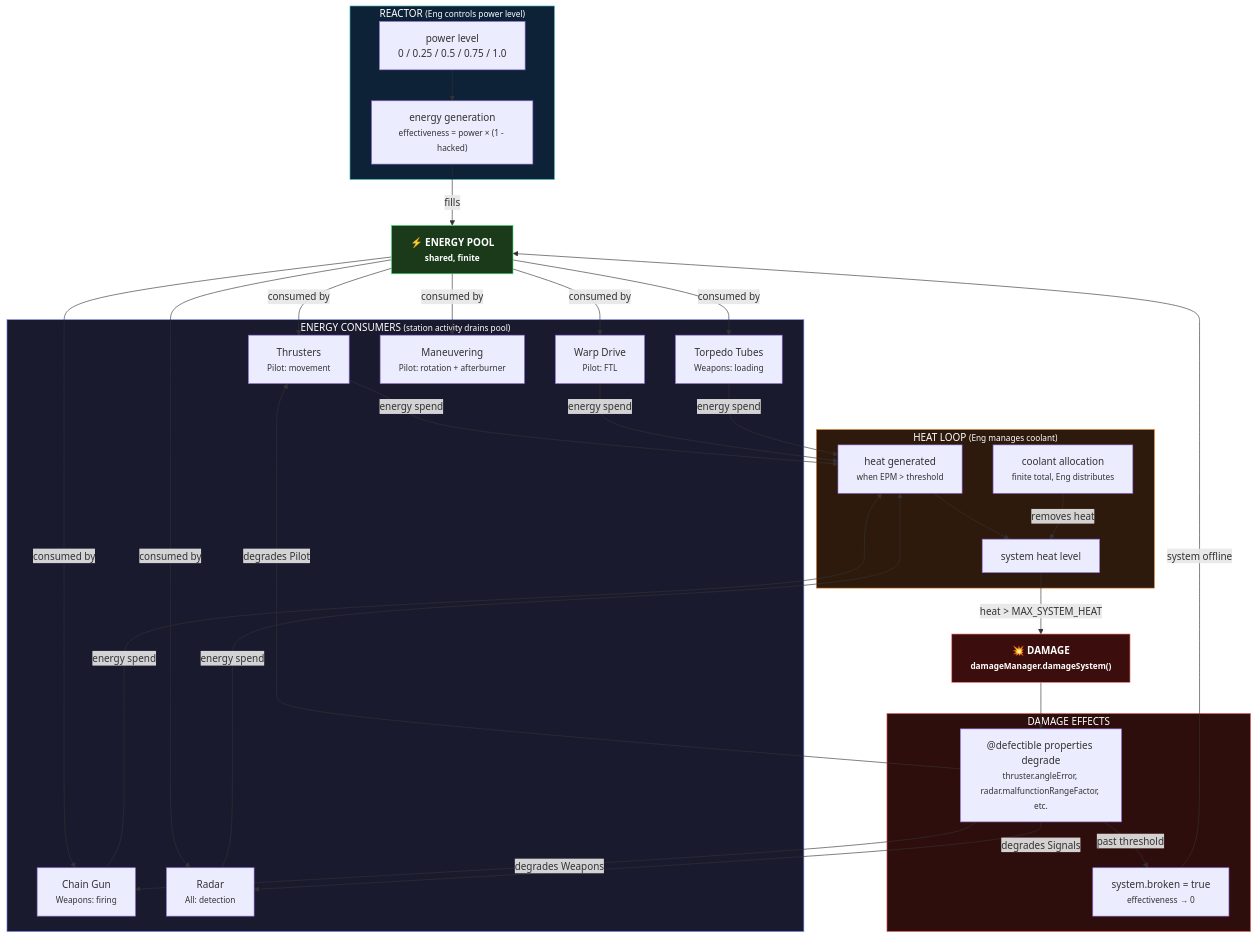
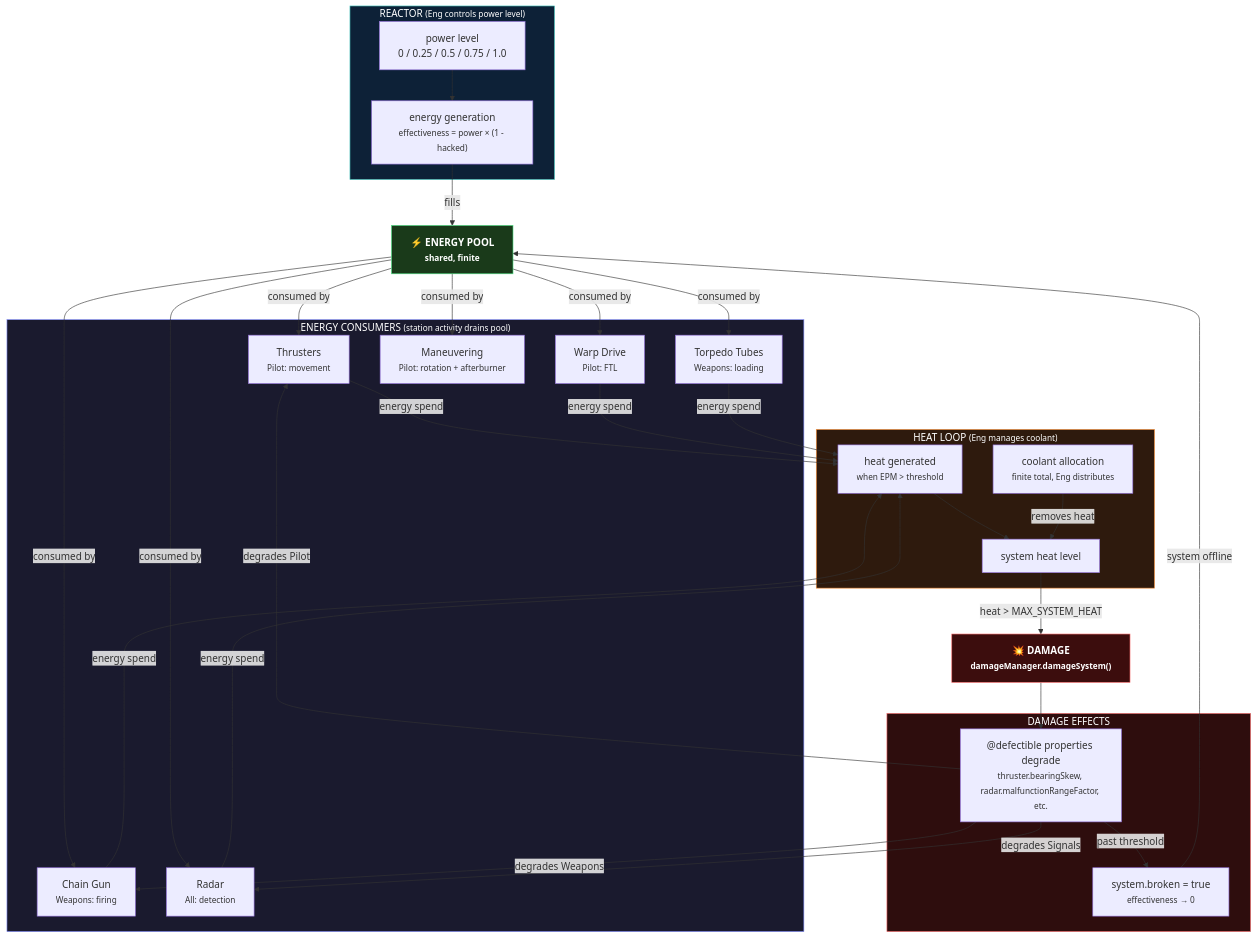
Before and after one commit to starwards/starwards: the second of 7 diagrams in docs/bridge-playtest/bridge-dynamics.md, drawn with Mermaid. The commit also changed 6 other files, not shown here.

````diff
--- a/docs/bridge-playtest/bridge-dynamics.md
+++ b/docs/bridge-playtest/bridge-dynamics.md
@@ -71,62 +71,62 @@
 ```mermaid
 flowchart TD
     subgraph REACTOR ["REACTOR <small>(Eng controls power level)</small>"]
         R_power["power level<br/>0 / 0.25 / 0.5 / 0.75 / 1.0"]
         R_gen["energy generation<br/><small>effectiveness = power × (1 - hacked)</small>"]
         R_power --> R_gen
     end
 
     R_gen -->|"fills"| E_pool["⚡ ENERGY POOL<br/><small>shared, finite</small>"]
 
     subgraph CONSUMERS ["ENERGY CONSUMERS <small>(station activity drains pool)</small>"]
         C_thrust["Thrusters<br/><small>Pilot: movement</small>"]
         C_warp["Warp Drive<br/><small>Pilot: FTL</small>"]
         C_chain["Chain Gun<br/><small>Weapons: firing</small>"]
         C_tubes["Torpedo Tubes<br/><small>Weapons: loading</small>"]
         C_radar["Radar<br/><small>All: detection</small>"]
         C_maneuver["Maneuvering<br/><small>Pilot: rotation + afterburner</small>"]
     end
 
     E_pool -->|"consumed by"| C_thrust
     E_pool -->|"consumed by"| C_warp
     E_pool -->|"consumed by"| C_chain
     E_pool -->|"consumed by"| C_tubes
     E_pool -->|"consumed by"| C_radar
     E_pool -->|"consumed by"| C_maneuver
 
     subgraph HEAT ["HEAT LOOP <small>(Eng manages coolant)</small>"]
         H_gen["heat generated<br/><small>when EPM > threshold</small>"]
         H_cool["coolant allocation<br/><small>finite total, Eng distributes</small>"]
         H_level["system heat level"]
         H_gen --> H_level
         H_cool -->|"removes heat"| H_level
     end
 
     C_thrust -->|"energy spend"| H_gen
     C_warp -->|"energy spend"| H_gen
     C_chain -->|"energy spend"| H_gen
     C_tubes -->|"energy spend"| H_gen
     C_radar -->|"energy spend"| H_gen
 
     H_level -->|"heat > MAX_SYSTEM_HEAT"| DMG["💥 DAMAGE<br/><small>damageManager.damageSystem()</small>"]
 
     subgraph DAMAGE_EFFECTS ["DAMAGE EFFECTS"]
-        D_defect["@defectible properties degrade<br/><small>thruster.angleError, radar.malfunctionRangeFactor, etc.</small>"]
+        D_defect["@defectible properties degrade<br/><small>thruster.bearingSkew, radar.malfunctionRangeFactor, etc.</small>"]
         D_broken["system.broken = true<br/><small>effectiveness → 0</small>"]
     end
 
     DMG --> D_defect
     D_defect -->|"past threshold"| D_broken
 
     D_defect -->|"degrades Pilot"| C_thrust
     D_defect -->|"degrades Weapons"| C_chain
     D_defect -->|"degrades Signals"| C_radar
     D_broken -->|"system offline"| E_pool
 
     style REACTOR fill:#0d2137,stroke:#4ecdc4,color:#fff
     style E_pool fill:#1a3a1a,stroke:#4ade80,color:#fff,font-weight:bold
     style CONSUMERS fill:#1a1a2e,stroke:#818cf8,color:#fff
     style HEAT fill:#2e1a0d,stroke:#fb923c,color:#fff
     style DMG fill:#3c0d0d,stroke:#f87171,color:#fff,font-weight:bold
     style DAMAGE_EFFECTS fill:#2e0d0d,stroke:#f87171,color:#fff
 ```
````
